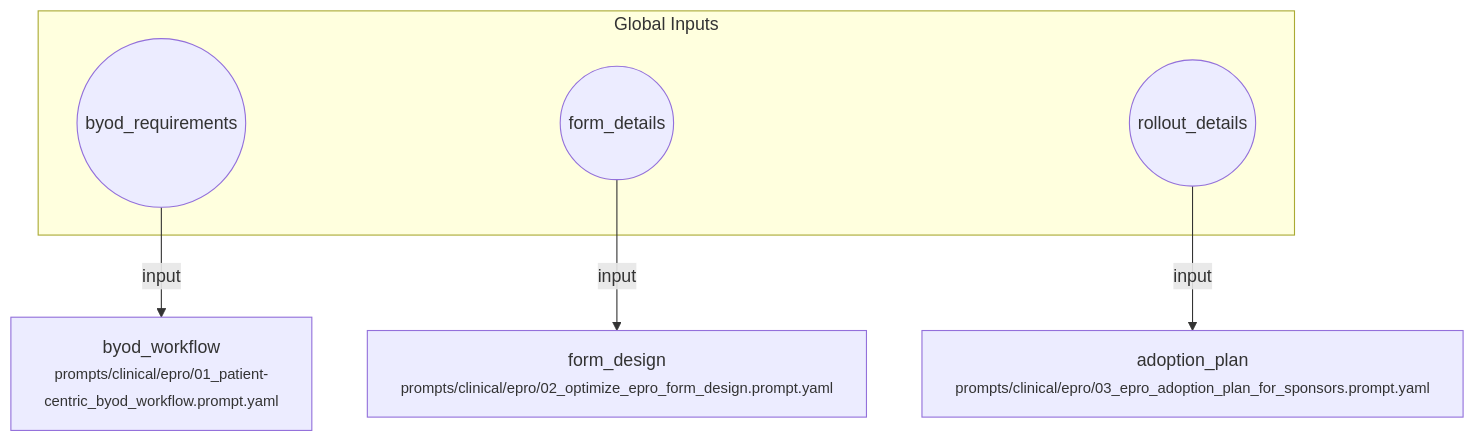
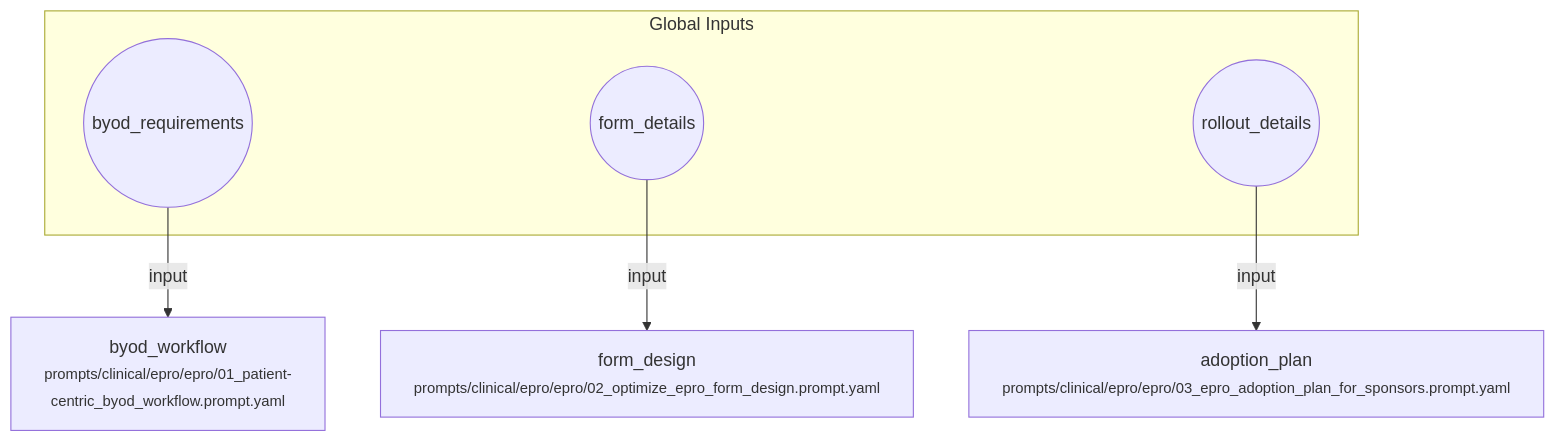
The diagram in workflows/clinical/epro.workflow.md (fderuiter/proompts), drawn with Mermaid before and after one commit. The commit also changed 31 other files, not shown here.

````diff
--- a/workflows/clinical/epro.workflow.md
+++ b/workflows/clinical/epro.workflow.md
@@ -7,14 +7,14 @@
 ```mermaid
 flowchart TD
     subgraph Inputs [Global Inputs]
         inp_byod_requirements((byod_requirements))
         inp_form_details((form_details))
         inp_rollout_details((rollout_details))
     end
-    byod_workflow["byod_workflow<br/><small>prompts/clinical/epro/01_patient-centric_byod_workflow.prompt.yaml</small>"]
-    form_design["form_design<br/><small>prompts/clinical/epro/02_optimize_epro_form_design.prompt.yaml</small>"]
-    adoption_plan["adoption_plan<br/><small>prompts/clinical/epro/03_epro_adoption_plan_for_sponsors.prompt.yaml</small>"]
+    byod_workflow["byod_workflow<br/><small>prompts/clinical/epro/epro/01_patient-centric_byod_workflow.prompt.yaml</small>"]
+    form_design["form_design<br/><small>prompts/clinical/epro/epro/02_optimize_epro_form_design.prompt.yaml</small>"]
+    adoption_plan["adoption_plan<br/><small>prompts/clinical/epro/epro/03_epro_adoption_plan_for_sponsors.prompt.yaml</small>"]
     inp_byod_requirements -->|input| byod_workflow
     inp_form_details -->|input| form_design
     inp_rollout_details -->|input| adoption_plan
 ```
````
